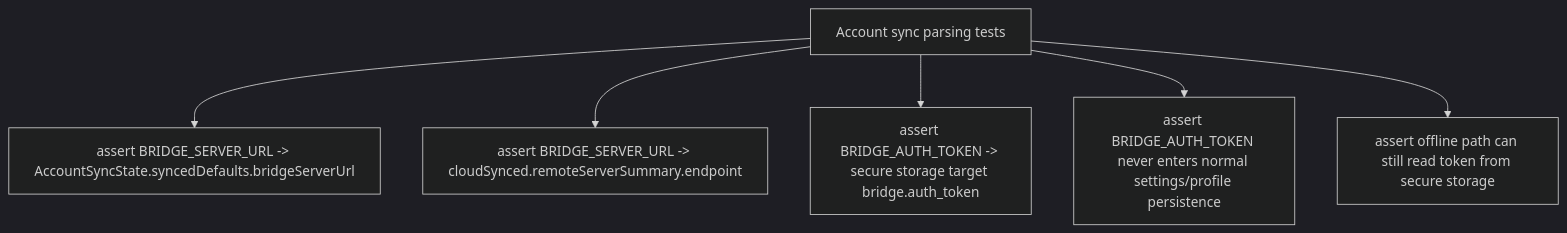
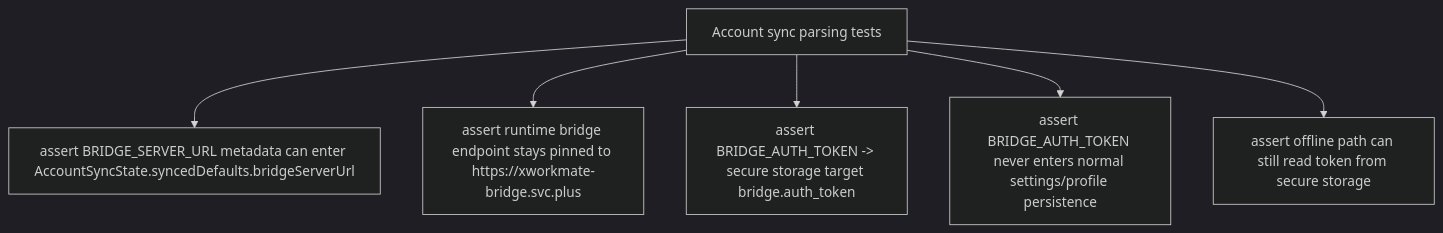
Before and after one commit to ai-workspace-lab/xworkmate-app: the fourth of 4 diagrams in docs/testing/bridge-sync-contract-chain.md, drawn with Mermaid (dark theme). The commit also changed other lines of this file and 25 other files, not shown here.

````diff
--- a/docs/testing/bridge-sync-contract-chain.md
+++ b/docs/testing/bridge-sync-contract-chain.md
@@ -67,8 +69,8 @@
 ```mermaid
 flowchart TD
-    T["Account sync parsing tests"] --> T1["assert BRIDGE_SERVER_URL -> AccountSyncState.syncedDefaults.bridgeServerUrl"]
-    T --> T2["assert BRIDGE_SERVER_URL -> cloudSynced.remoteServerSummary.endpoint"]
+    T["Account sync parsing tests"] --> T1["assert BRIDGE_SERVER_URL metadata can enter AccountSyncState.syncedDefaults.bridgeServerUrl"]
+    T --> T2["assert runtime bridge endpoint stays pinned to https://xworkmate-bridge.svc.plus"]
     T --> T3["assert BRIDGE_AUTH_TOKEN -> secure storage target bridge.auth_token"]
     T --> T4["assert BRIDGE_AUTH_TOKEN never enters normal settings/profile persistence"]
     T --> T5["assert offline path can still read token from secure storage"]
 ```
````
